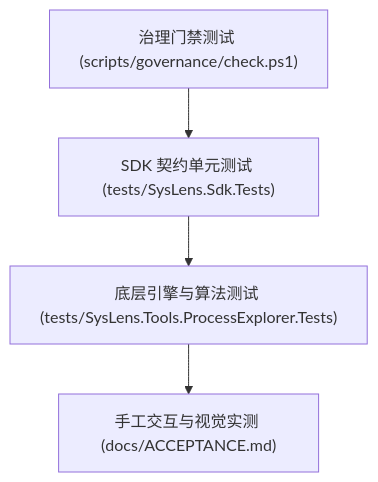
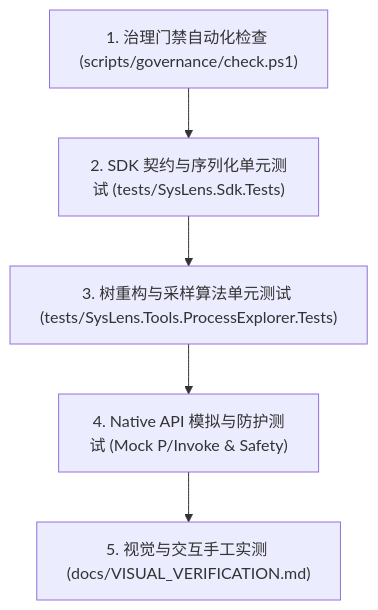
Before and after one commit to ArturiaGit/SysLens: the diagram in docs/TESTING_STRATEGY.md, drawn with Mermaid. The commit also changed other lines of this file and 24 other files, not shown here.

````diff
--- a/docs/TESTING_STRATEGY.md
+++ b/docs/TESTING_STRATEGY.md
@@ -5,6 +5,7 @@
 ```mermaid
 graph TD
-    GovTest["治理门禁测试 (scripts/governance/check.ps1)"] --> SdkTest["SDK 契约单元测试 (tests/SysLens.Sdk.Tests)"]
-    SdkTest --> CoreTest["底层引擎与算法测试 (tests/SysLens.Tools.ProcessExplorer.Tests)"]
-    CoreTest --> ManualTest["手工交互与视觉实测 (docs/ACCEPTANCE.md)"]
+    GovGate["1. 治理门禁自动化检查 (scripts/governance/check.ps1)"] --> UnitContracts["2. SDK 契约与序列化单元测试 (tests/SysLens.Sdk.Tests)"]
+    UnitContracts --> EngineTests["3. 树重构与采样算法单元测试 (tests/SysLens.Tools.ProcessExplorer.Tests)"]
+    EngineTests --> NativeMock["4. Native API 模拟与防护测试 (Mock P/Invoke & Safety)"]
+    NativeMock --> VisualManual["5. 视觉与交互手工实测 (docs/VISUAL_VERIFICATION.md)"]
 ```
````
